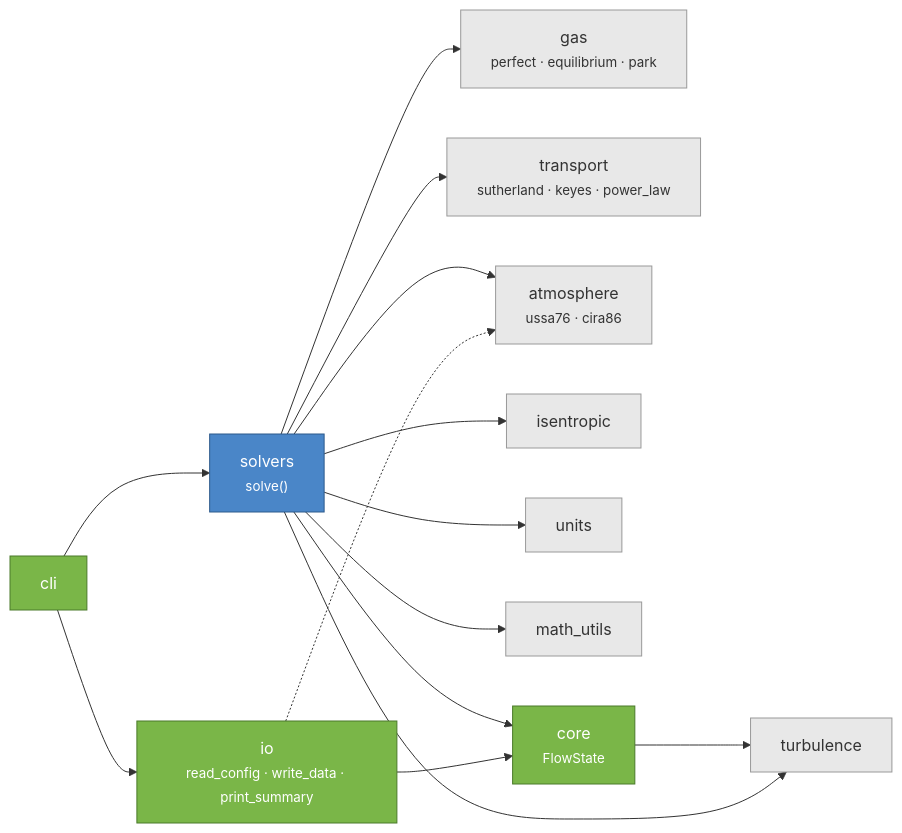
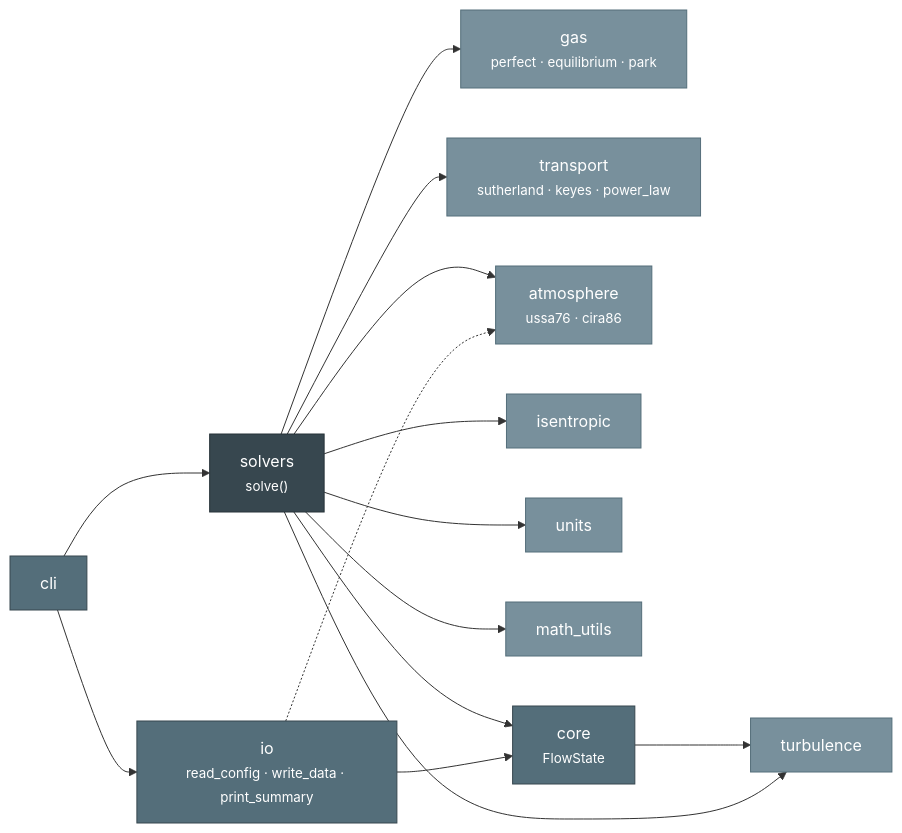
Before and after one commit to uahypersonics/flow_state: the diagram in docs/api/index.md, drawn with Mermaid.

Commit message:
use blue-grey palette for mermaid diagram (works in light+dark)

````diff
--- a/docs/api/index.md
+++ b/docs/api/index.md
@@ -7,48 +7,46 @@
 ``` mermaid
 graph LR
 
     %% ---- leaf modules (no internal deps) ----
     gas["gas<br/><small>perfect · equilibrium · park</small>"]
     transport["transport<br/><small>sutherland · keyes · power_law</small>"]
     atmosphere["atmosphere<br/><small>ussa76 · cira86</small>"]
     isentropic["isentropic"]
     turbulence["turbulence"]
     units["units"]
     math_utils["math_utils"]
 
     %% ---- core ----
     core["core<br/><small>FlowState</small>"]
     core --> turbulence
 
     %% ---- solvers (central hub) ----
     solvers["solvers<br/><small>solve()</small>"]
     solvers --> core
     solvers --> gas
     solvers --> transport
     solvers --> atmosphere
     solvers --> isentropic
     solvers --> turbulence
     solvers --> units
     solvers --> math_utils
 
     %% ---- io ----
     io["io<br/><small>read_config · write_data · print_summary</small>"]
     io --> core
     io -.-> atmosphere
 
     %% ---- cli ----
     cli["cli"]
     cli --> solvers
     cli --> io
 
     %% ---- styling ----
-    classDef hub fill:#4a86c8,stroke:#2d5a8c,color:#fff
-    classDef leaf fill:#e8e8e8,stroke:#999,color:#333
-    classDef mid fill:#7ab648,stroke:#4a7a2a,color:#fff
+    classDef hub fill:#37474f,stroke:#263238,color:#fff
+    classDef mid fill:#546e7a,stroke:#37474f,color:#fff
+    classDef leaf fill:#78909c,stroke:#546e7a,color:#fff
 
     class solvers hub
-    class cli mid
-    class core mid
-    class io mid
+    class core,io,cli mid
     class gas,transport,atmosphere,isentropic,turbulence,units,math_utils leaf
 ```
````
